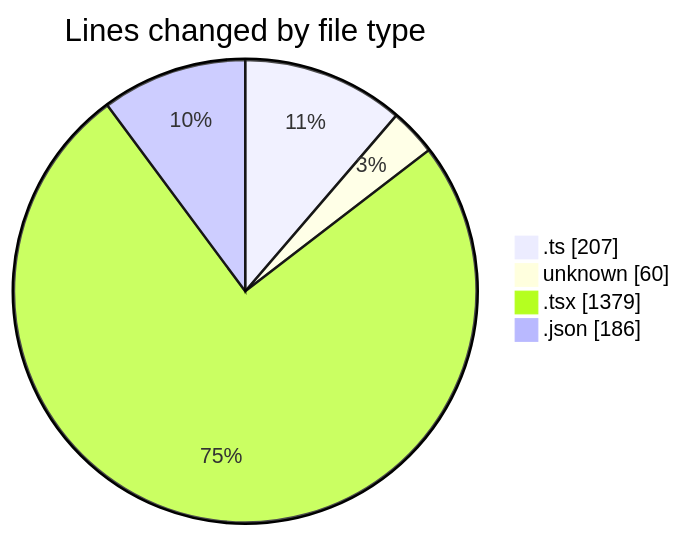
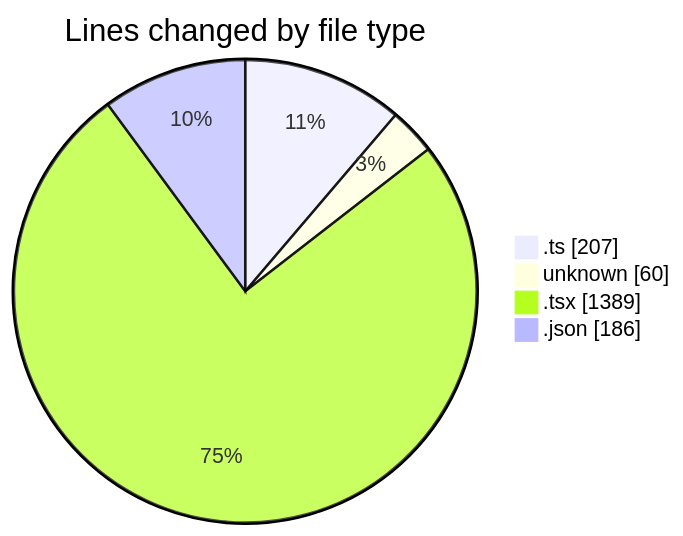
Before and after one commit to momahboobian/code-tracking: the first of 2 diagrams in 2026-06-12/cda/README.md, drawn with Mermaid. The commit also changed other lines of this file and 1 other file, not shown here.

````diff
--- a/2026-06-12/cda/README.md
+++ b/2026-06-12/cda/README.md
@@ -28,8 +28,8 @@
 ```mermaid
 pie showData
 title Lines changed by file type
 ".ts" : 207
 "unknown" : 60
-".tsx" : 1379
+".tsx" : 1389
 ".json" : 186
 ```
````
